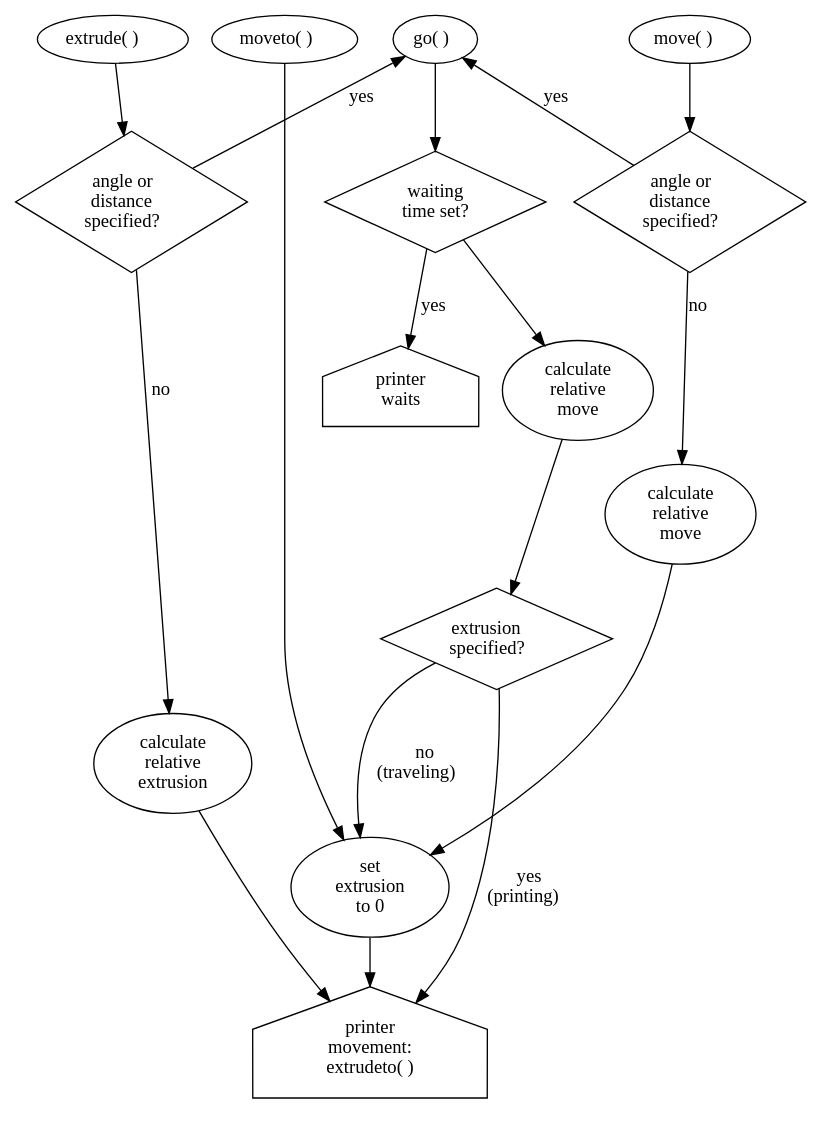
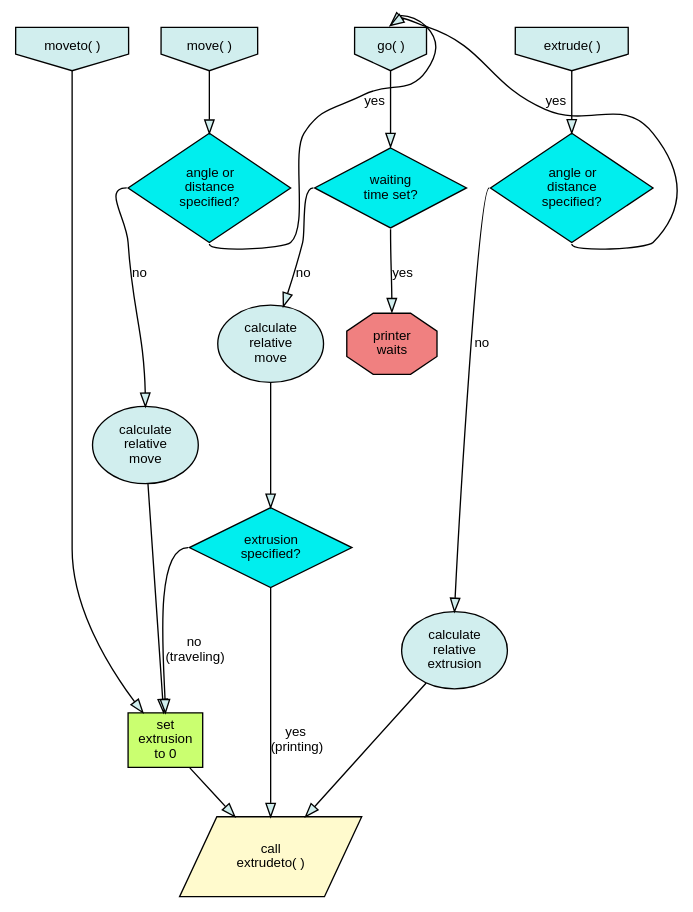
Before and after one commit to pixelpusher/liveprinter: the diagram in reference/print.dot, drawn with Graphviz. The commit also changed 3 other files, not shown here.

Commit message:
possibly finished and colored graphs about print and extrudeto functions

```diff
--- a/reference/print.dot
+++ b/reference/print.dot
@@ -1,112 +1,76 @@
-/*
-
-go: 
-
-wait 
-or
-use stored vars to convert to cartesian
-run extrudeto
-
-*/
-
-
-
-/*
-extrudeto
-let extrusionSpecified = (params.e !== undefined);
-        // set retract, but if only e given don't retract (that would be dumb)
-        // remember that a retract setting here overrides internal autoretract!
-        let retract = (params.retract === undefined) ? !extrusionSpecified && this._autoRetract : params.retract; // don't retract if given e value alone, no matter what
-
-        if (Math.abs(__e - this.e) > 0.01) 
-        {
-            this.currentRetraction = 0; //clear retraction if we go manual
-        }
-
-*/
-
 digraph movement {
 
     splines="TRUE";
 
+
+    node [style="filled", fillcolor="lightcyan2", fontsize="10", fontname="Arial"]
+
+    edge [style="filled", fillcolor="lightcyan2", fontsize="10", fontname="Arial", compound=true]
+
     /* Entities */
 
-    //start [shape="point"]
+    startgo [label=<go( )>, shape="invhouse" ]
 
-    startgo [label=<go( )>, shape="ellipse" ]
+    checkwait [label="waiting\ntime set?" shape="diamond",style=filled, fillcolor="cyan2"]    
 
-    checkwait [label="waiting\ntime set?" shape="diamond"]    
-
-    "printer\nwaits" [shape="house"]
+    "printer\nwaits" [shape="octagon",style="filled",fillcolor="lightcoral"]
 
     calcmovedist  [label="calculate\nrelative\nmove"]
 
-    startmoveto [label=<moveto( )>, shape="ellipse" ]
+    startmoveto [label=<moveto( )>, shape="invhouse" ]
 
 
-    startmove [label=<move( )>, shape="ellipse" ]
+    startmove [label=<move( )>, shape="invhouse" ]
 
-    checkparamsmove [label=<angle or<br/>distance<br/>specified?> shape="diamond"]    
+    checkparamsmove [label=<angle or<br/>distance<br/>specified?> shape="diamond",style=filled, fillcolor="cyan2"]    
 
-    startextrude [label=<extrude( )>, shape="ellipse" ]
+    startextrude [label=<extrude( )>, shape="invhouse" ]
 
-    checkparams [label=<angle or<br/>distance<br/>specified?> shape="diamond"]    
+    checkparams [label=<angle or<br/>distance<br/>specified?>, shape="diamond",style=filled, fillcolor="cyan2"]
 
-    checkextruding [label=<extrusion<br/>specified?> shape="diamond"]    
+    checkextruding [label=<extrusion<br/>specified?>, shape="diamond",style=filled, fillcolor="cyan2"]    
     
-    "printer\nmovement" [label="printer\nmovement:\nextrudeto( )", shape="house"]
+    "printer\nmovement" [label="call\nextrudeto( )", shape="parallelogram",style="filled",fillcolor="lemonchiffon"]
+
+    "set\nextrusion\nto 0" [shape="rect",style=filled, fillcolor="darkolivegreen1"]
 
     /* Relationships */
-    
-    //start -> {startgo startextrude startmove}
 
-
-    startmove -> checkparamsmove 
-    checkparamsmove -> startgo [label="yes"]
-    checkparamsmove -> calcmovedist [label="no"]
+    startmove:s -> checkparamsmove:n
+    checkparamsmove:s -> startgo:n [label="yes"]
+    checkparamsmove:w -> calcmovedist:n [label="no"]
     calcmovedist -> "set\nextrusion\nto 0"
-    //"set\nextrusion\nto 0" -> "set\ntravel speed"
 
     "set\nextrusion\nto 0" -> "printer\nmovement"
 
-    startmoveto -> "set\nextrusion\nto 0"
+    startmoveto:s -> "set\nextrusion\nto 0"
     
     ////// EXTRUDE () --------------------
     
-    startextrude -> checkparams
+    startextrude:s -> checkparams
 
-    checkparams -> startgo [label=<yes>]
+    checkparams:s -> startgo:n [label=<yes>]
 
-    checkparams -> "calculate\nrelative\nextrusion" [label=<no>]
+    checkparams:w -> "calculate\nrelative\nextrusion":n [label=<no>]
 
     "calculate\nrelative\nextrusion" -> "printer\nmovement"
 
 
     ////// GO () -------------------------
 
-    startgo -> checkwait
+    startgo:s -> checkwait:n
 
-    checkwait -> "calculate\nrelative\nmove"
+    checkwait:w -> "calculate\nrelative\nmove" [label="no"]
 
     "calculate\nrelative\nmove" -> checkextruding
 
-    checkwait -> "printer\nwaits"  [label="yes"]
+    checkwait:s -> "printer\nwaits":n  [label="yes"]
 
-    checkextruding -> "printer\nmovement" [label=<yes<br/>(printing)>]
+    checkextruding:s -> "printer\nmovement":n [label=<yes<br/>(printing)>]
 
-    checkextruding -> "set\nextrusion\nto 0" [label=<no<br/>(traveling)>]
+    checkextruding:w -> "set\nextrusion\nto 0":n [label=<no<br/>(traveling)>]
 
-    //"set\nprint speed" -> "printer\nmovement"
-
-    //"set\ntravel speed" -> "printer\nmovement"
-
-    //unretract -> error [label="printer error"]
-
-    //unretract -> "printing"
-
-    //wait -> quit[label="response received"]
-    //wait -> error[label="no response"]
 
     /* Ranks */
     subgraph start { rank=same; startgo; startextrude; startmove; startmoveto};
 }
```
